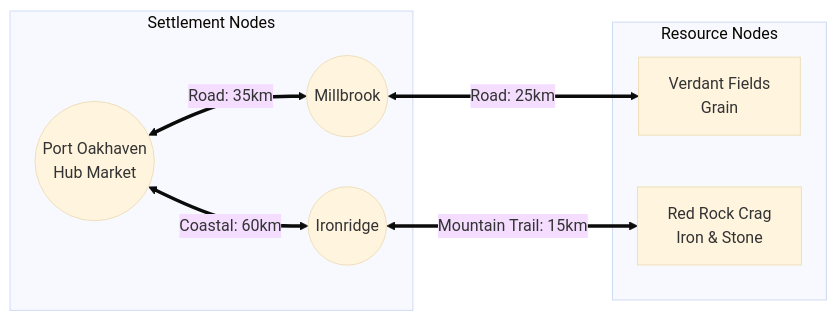
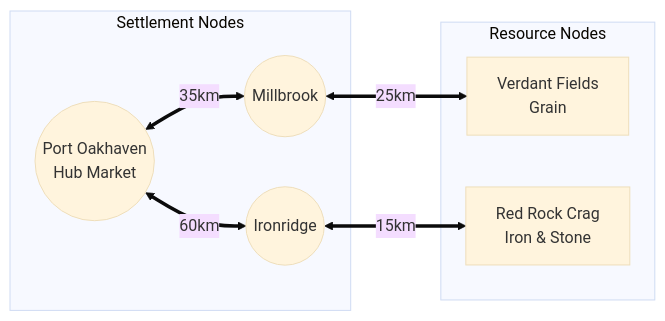
Before and after one commit to dmitrij-borchuk/economicSim: the first of 2 diagrams in docs/geography/spatial-graph-model.md, drawn with Mermaid (base theme). The commit also changed other lines of this file and 3 other files, not shown here.

````diff
--- a/docs/geography/spatial-graph-model.md
+++ b/docs/geography/spatial-graph-model.md
@@ -25,17 +25,17 @@
 ```mermaid
 graph LR
     subgraph Settlement Nodes
         S1((Port Oakhaven<br>Hub Market))
         S2((Millbrook))
         S3((Ironridge))
     end
     subgraph Resource Nodes
         R1[Verdant Fields<br>Grain]
         R2[Red Rock Crag<br>Iron & Stone]
     end
 
-    S1 <== Road: 35km ==> S2
-    S2 <== Road: 25km ==> R1
-    S1 <== Coastal: 60km ==> S3
-    S3 <== Mountain Trail: 15km ==> R2
+    S1 <== 35km ==> S2
+    S2 <== 25km ==> R1
+    S1 <== 60km ==> S3
+    S3 <== 15km ==> R2
 ```
````
